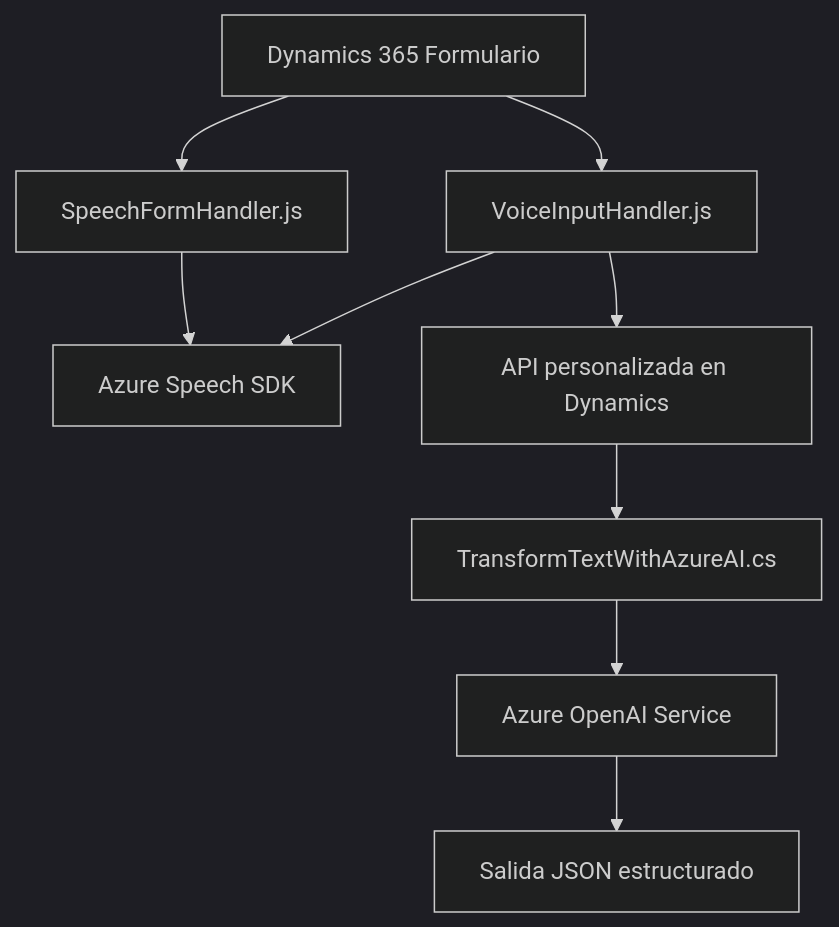
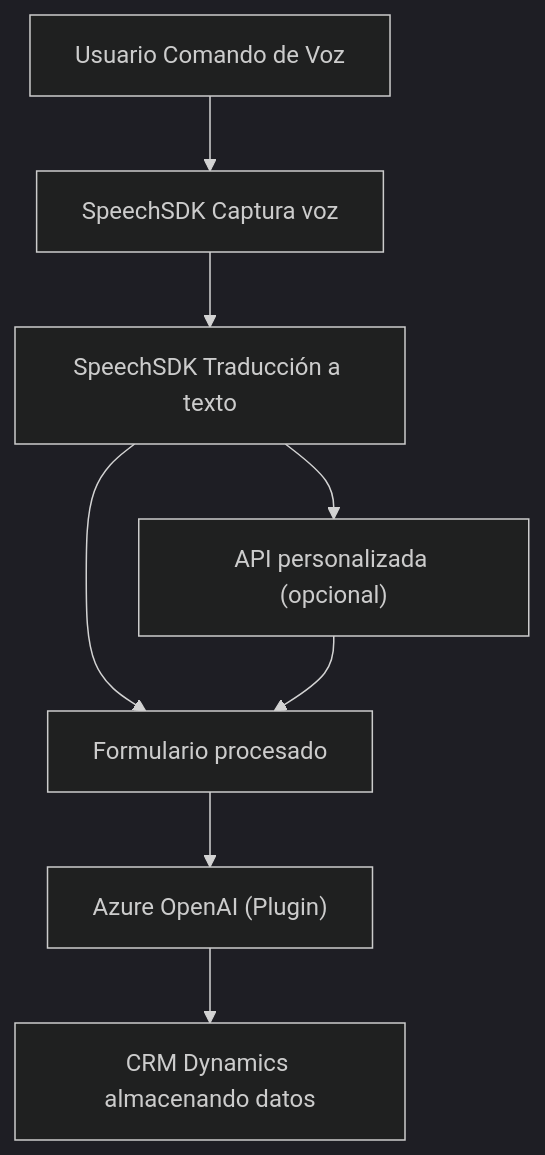
Before and after one commit to blopezdm/NETCORE_BILBAO2025: the diagram in README.md, drawn with Mermaid (dark theme). The commit also changed other lines of this file, not shown here.

````diff
--- a/README.md
+++ b/README.md
@@ -43,16 +43,18 @@
 ```mermaid
 graph TD
-    A["Dynamics 365 Formulario"]
-    B["SpeechFormHandler.js"]
-    C["VoiceInputHandler.js"]
-    D["Azure Speech SDK"]
-    E["API personalizada en Dynamics"]
-    F["TransformTextWithAzureAI.cs"]
-    G["Azure OpenAI Service"]
-    H["Salida JSON estructurado"]
-
-    A --> B --> D
-    A --> C --> D
+    A["Usuario Comando de Voz"]
+    B["SpeechSDK Captura voz"]
+    C["SpeechSDK Traducción a texto"]
+    D["API personalizada (opcional)"] 
+    E["Formulario procesado"]
+    F["Azure OpenAI (Plugin)"]
+    G["CRM Dynamics almacenando datos"]
+    
+    A --> B
+    B --> C
+    C --> D
     C --> E
-    E --> F --> G --> H
+    D --> E
+    E --> F
+    F --> G
 ```
````
